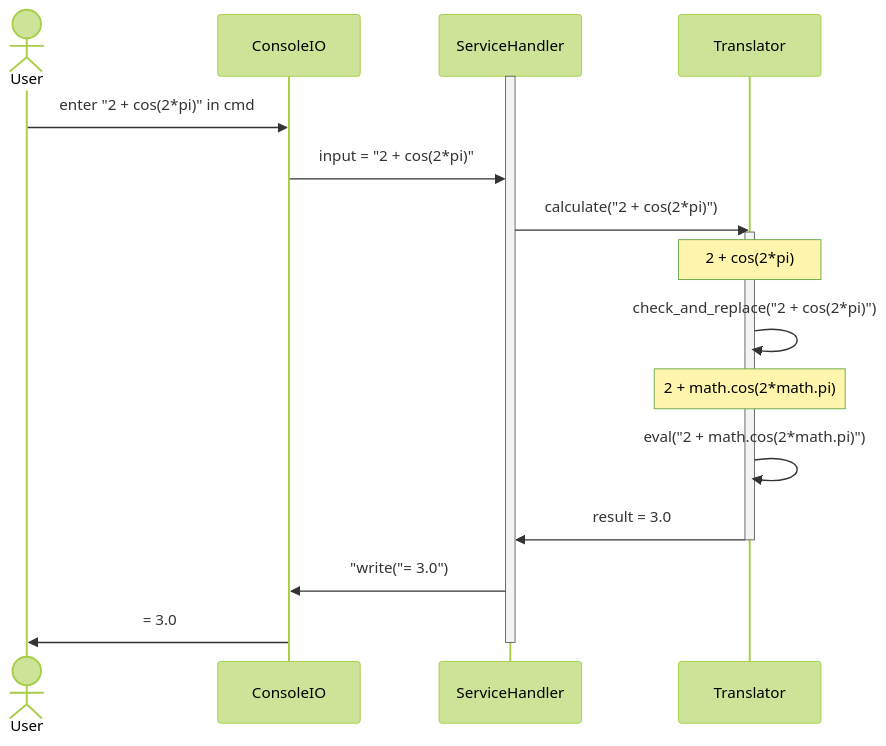
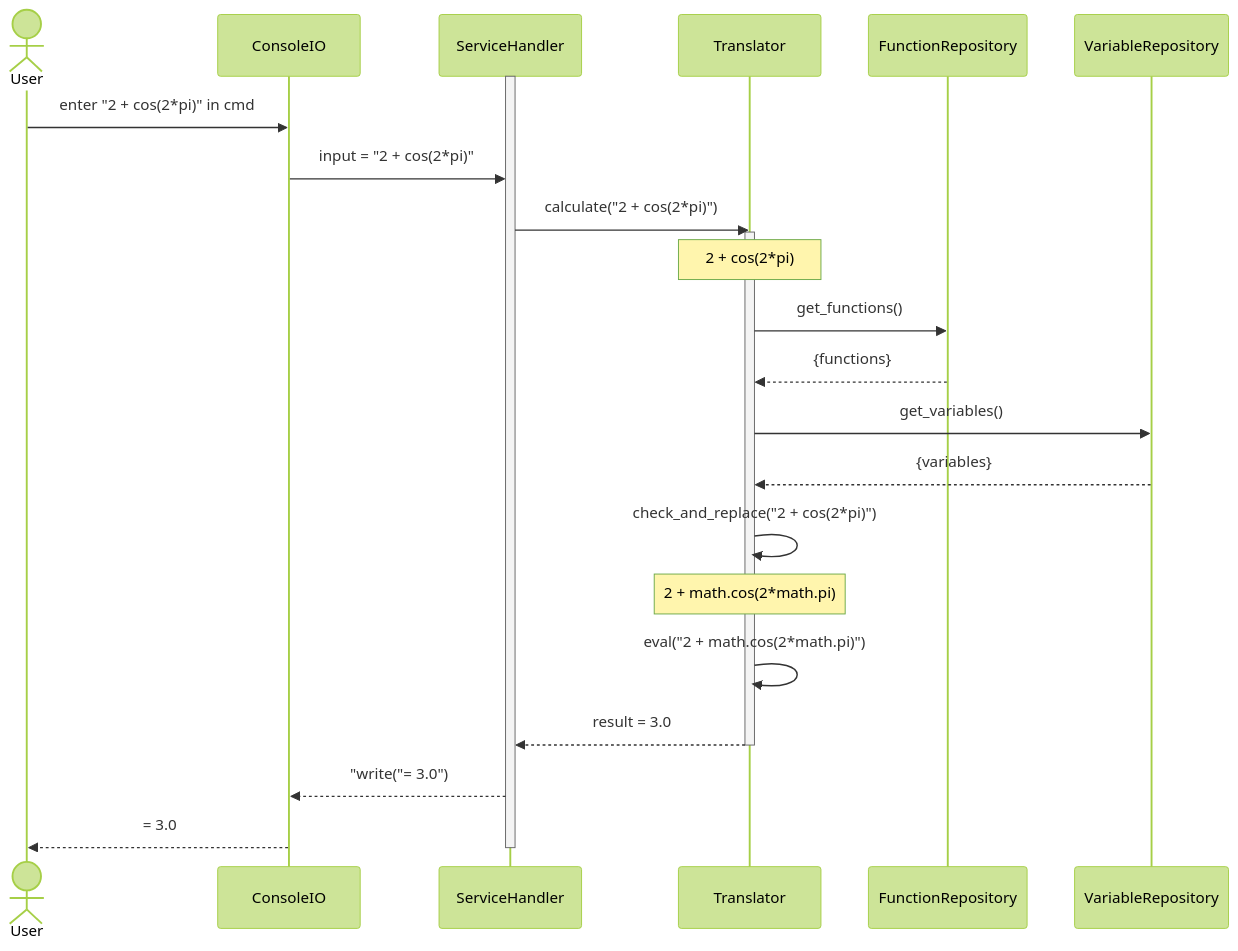
The second of 2 diagrams in dokumentaatio/arkkitehtuuri.md (tumffa/ot-harjoitustyo), drawn with Mermaid (forest theme) before and after one commit. The commit also changed other lines of this file, not shown here.

````diff
--- a/dokumentaatio/arkkitehtuuri.md
+++ b/dokumentaatio/arkkitehtuuri.md
@@ -16,21 +20,27 @@
 ```mermaid
  sequenceDiagram
    activate ServiceHandler
    actor User
    participant ConsoleIO
    participant ServiceHandler
    participant Translator
+   participant FunctionRepository
+   participant VariableRepository
    User->>ConsoleIO: enter "2 + cos(2*pi)" in cmd
    ConsoleIO->>ServiceHandler: input = "2 + cos(2*pi)"
    ServiceHandler->>Translator: calculate("2 + cos(2*pi)")
    activate Translator
    Note over Translator: 2 + cos(2*pi)
+   Translator->>FunctionRepository: get_functions()
+   FunctionRepository-->>Translator: {functions}
+   Translator->>VariableRepository: get_variables()
+   VariableRepository-->>Translator: {variables}
    Translator->>Translator: check_and_replace("2 + cos(2*pi)")
    Note over Translator: 2 + math.cos(2*math.pi)
    Translator->>Translator: eval("2 + math.cos(2*math.pi)")
-   Translator->>ServiceHandler: result = 3.0
+   Translator-->>ServiceHandler: result = 3.0
    deactivate Translator
-   ServiceHandler->>ConsoleIO: "write("= 3.0")
-   ConsoleIO->>User: = 3.0
+   ServiceHandler-->>ConsoleIO: "write("= 3.0")
+   ConsoleIO-->>User: = 3.0
    deactivate ServiceHandler
 ```
````
